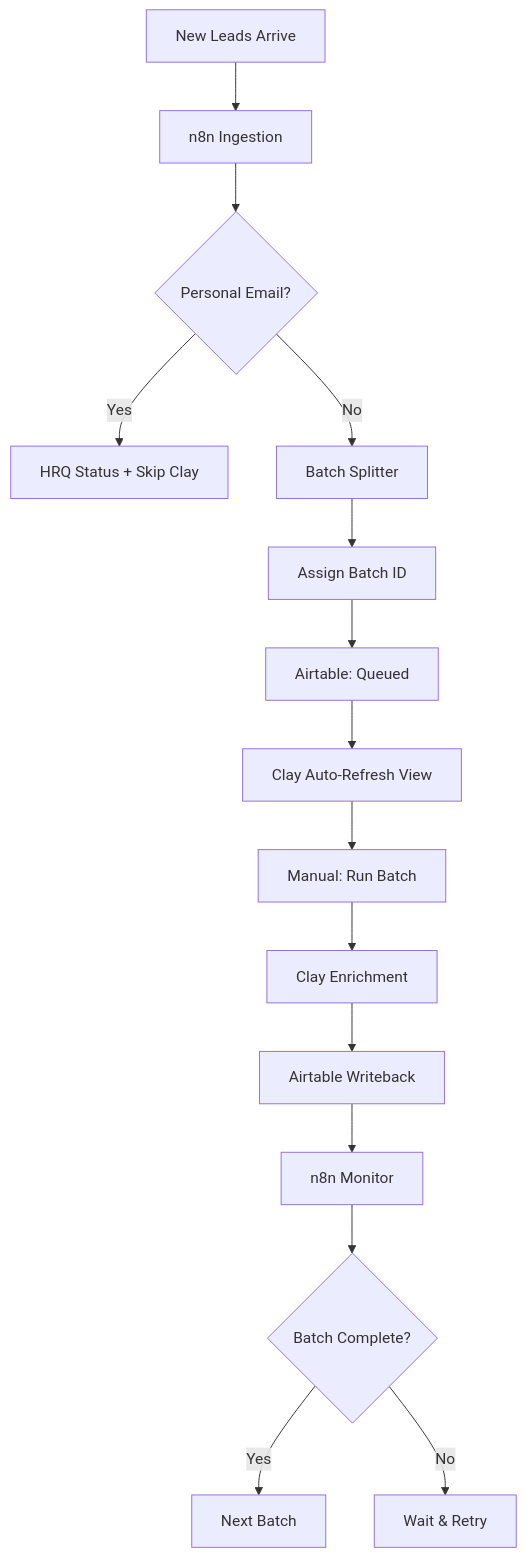
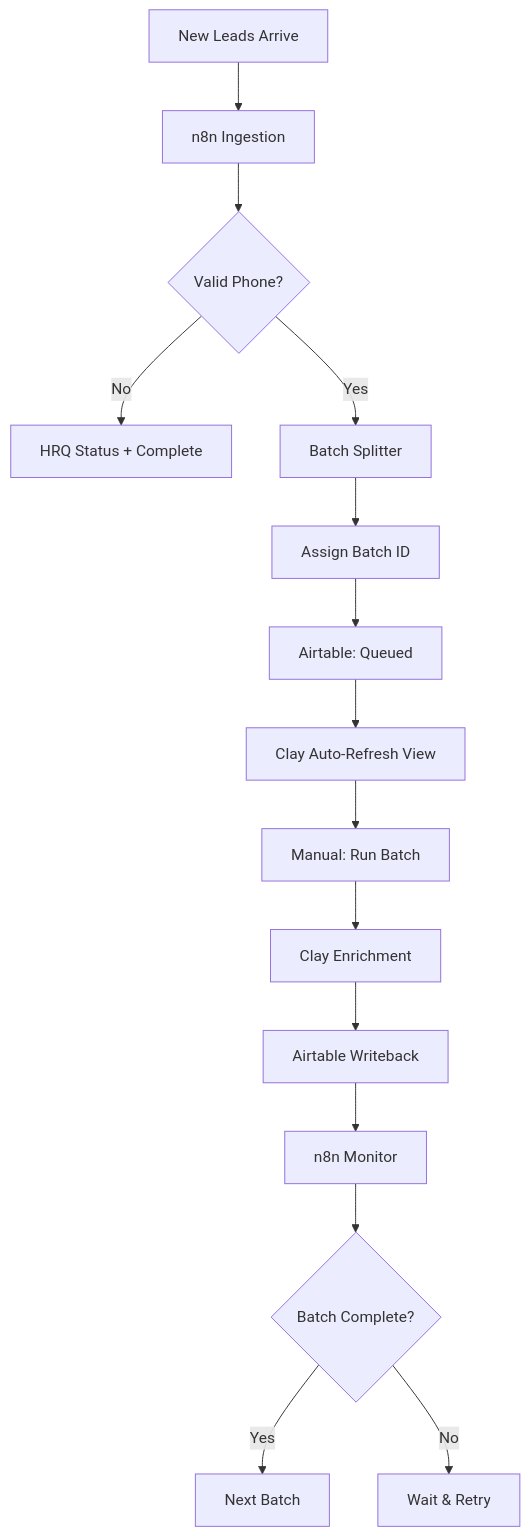
One commit to chieflatif/uysp-client-portal changed the diagram in docs/architecture/CLAY-BATCHING-AUTOMATION-PLAN.md. Above: the diagram before and after it, drawn with Mermaid. The commit also changed other lines of this file and 109 other files, not shown here.

First line of the commit message:
✅ PHONE NORMALIZATION ISSUE RESOLVED - Complete documentation update and backup

````diff
--- a/docs/architecture/CLAY-BATCHING-AUTOMATION-PLAN.md
+++ b/docs/architecture/CLAY-BATCHING-AUTOMATION-PLAN.md
@@ -47,17 +47,17 @@
 ```mermaid
 graph TD
     A[New Leads Arrive] --> B[n8n Ingestion]
-    B --> C{Personal Email?}
-    C -->|Yes| D[HRQ Status + Skip Clay]
-    C -->|No| E[Batch Splitter]
+    B --> C{Valid Phone?}
+    C -->|No| D[HRQ Status + Complete]
+    C -->|Yes| E[Batch Splitter]
     E --> F[Assign Batch ID]
     F --> G[Airtable: Queued]
     G --> H[Clay Auto-Refresh View]
     H --> I[Manual: Run Batch]
     I --> J[Clay Enrichment]
     J --> K[Airtable Writeback]
     K --> L[n8n Monitor]
     L --> M{Batch Complete?}
     M -->|Yes| N[Next Batch]
     M -->|No| O[Wait & Retry]
 ```
````
